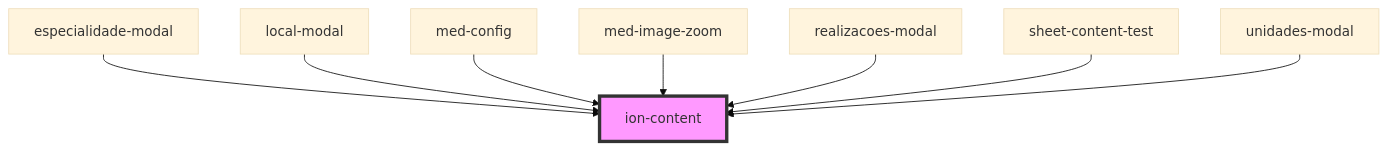
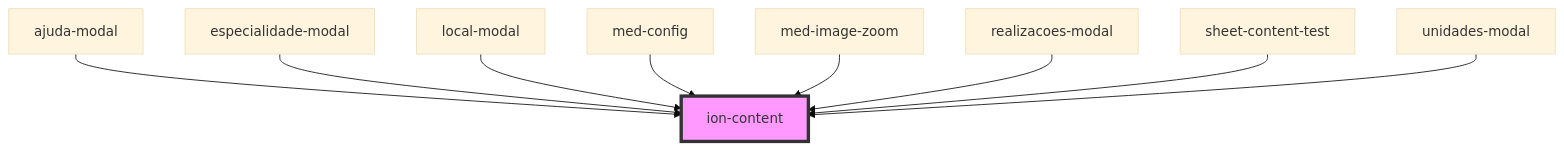
Before and after one commit to MEDGRUPOGIT/ionic-framework-1: the diagram in core/src/components/content/readme.md, drawn with Mermaid (base theme). The commit also changed other lines of this file and 20 other files, not shown here.

Commit message:
migração ionic 1 tela simulados modal ajuda

````diff
--- a/core/src/components/content/readme.md
+++ b/core/src/components/content/readme.md
@@ -274,11 +275,12 @@
 ```mermaid
 graph TD;
+  ajuda-modal --> ion-content
   especialidade-modal --> ion-content
   local-modal --> ion-content
   med-config --> ion-content
   med-image-zoom --> ion-content
   realizacoes-modal --> ion-content
   sheet-content-test --> ion-content
   unidades-modal --> ion-content
   style ion-content fill:#f9f,stroke:#333,stroke-width:4px
 ```
````
